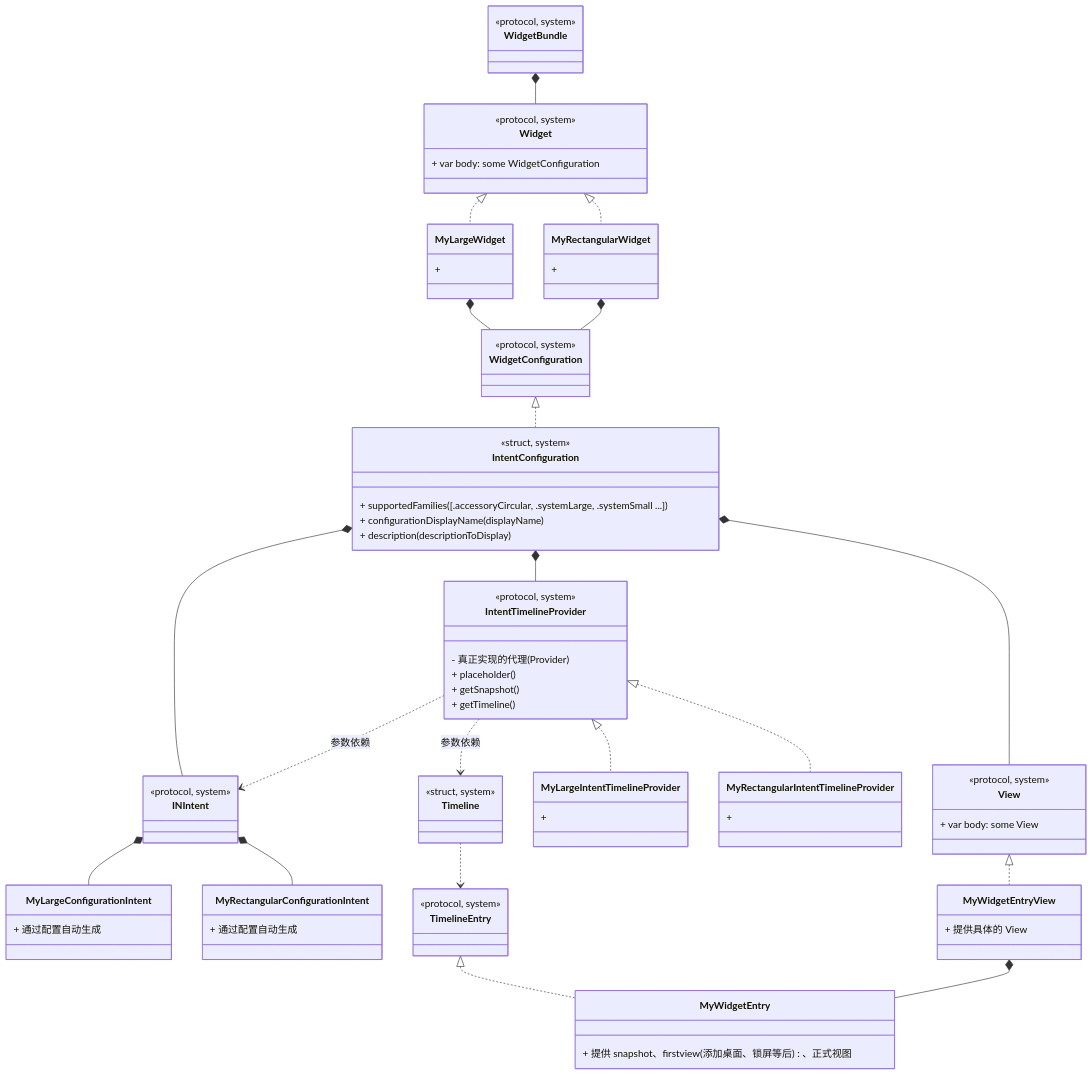
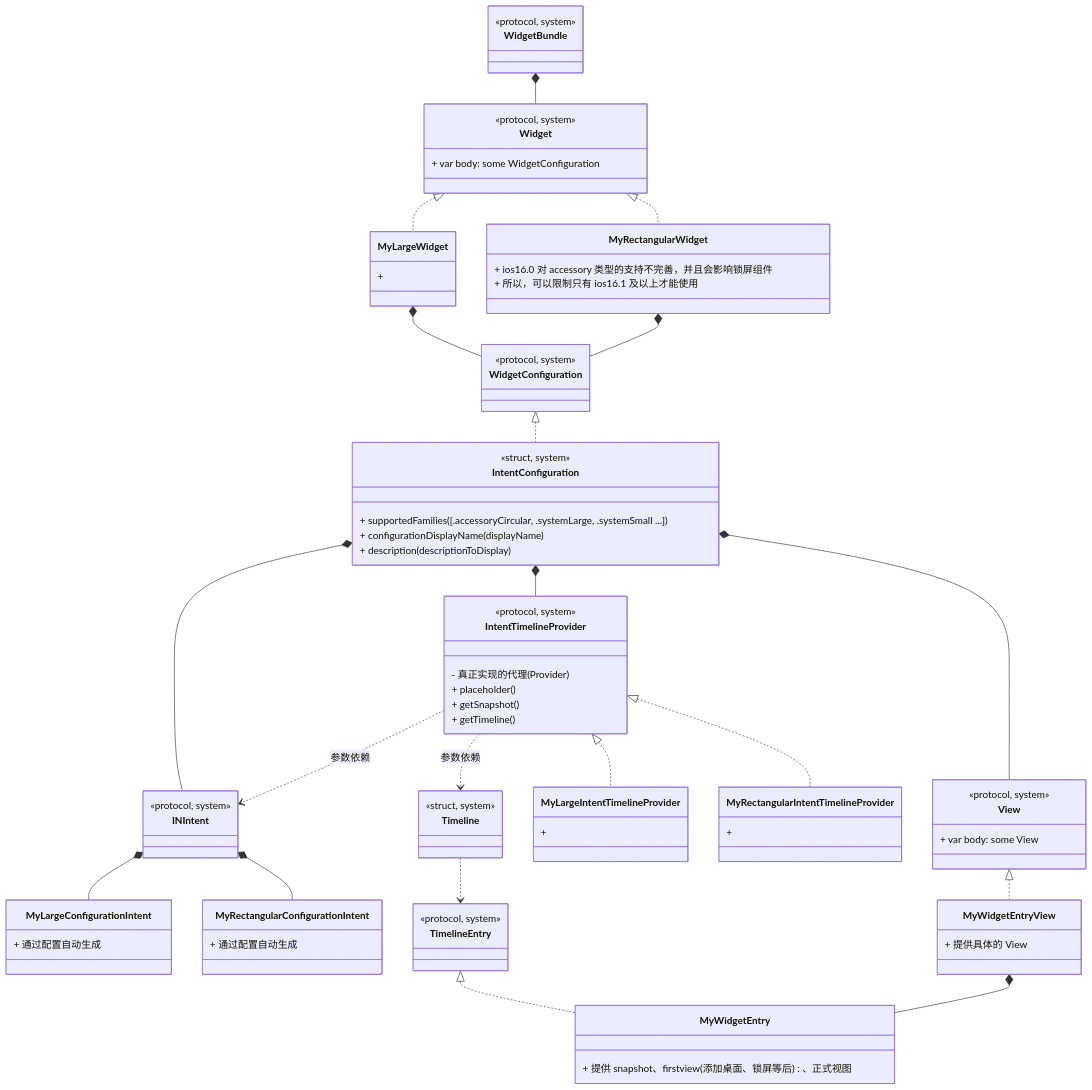
Before and after one commit to joyous-x/blog: the second of 3 diagrams in blog_raw/blog/platform/macos_utils.md, drawn with Mermaid. The commit also changed other lines of this file and 6 other files, not shown here.

```diff
--- a/blog_raw/blog/platform/macos_utils.md
+++ b/blog_raw/blog/platform/macos_utils.md
@@ -214,7 +198,8 @@
   +
 }
 class MyRectangularWidget {
-  +
+  + ios16.0 对 accessory 类型的支持不完善，并且会影响锁屏组件
+  + 所以，可以限制只有 ios16.1 及以上才能使用
 }
 
 class MyLargeIntentTimelineProvider { 
```
